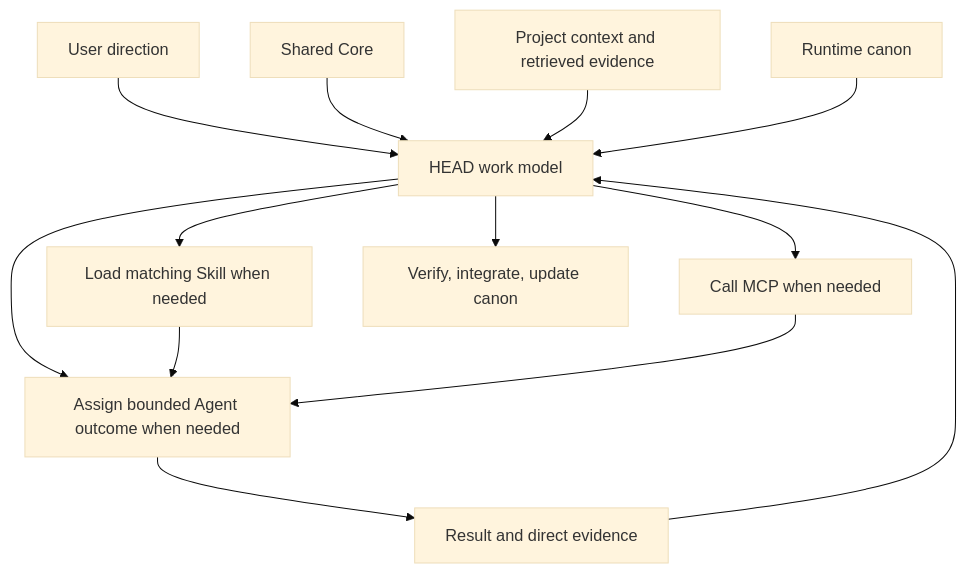
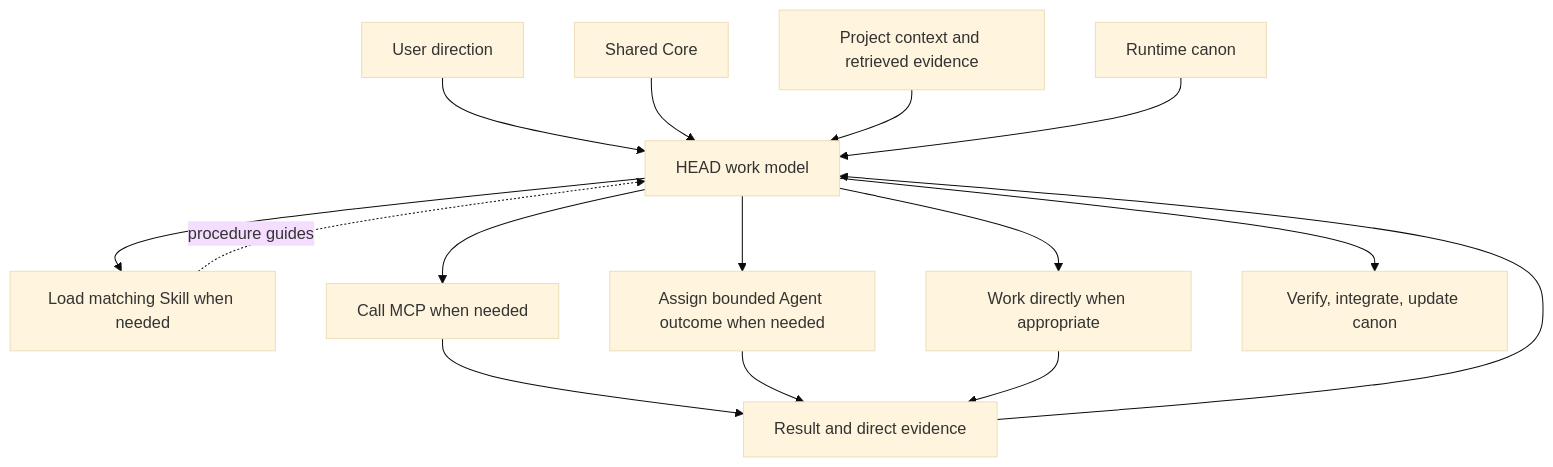
One commit to Won6314/head-agent-core changed the fifth of 5 diagrams in teaching/diagrams.md. Above: the diagram before and after it, drawn with Mermaid (base theme). The commit also changed other lines of this file and 10 other files, not shown here.

````diff
--- a/teaching/diagrams.md
+++ b/teaching/diagrams.md
@@ -79,15 +82,17 @@
 ```mermaid
 flowchart TD
     U[User direction] --> H[HEAD work model]
     C[Shared Core] --> H
     P[Project context and retrieved evidence] --> H
     R[Runtime canon] --> H
     H --> S[Load matching Skill when needed]
     H --> M[Call MCP when needed]
     H --> A[Assign bounded Agent outcome when needed]
-    S --> A
-    M --> A
-    A --> E[Result and direct evidence]
+    H --> D[Work directly when appropriate]
+    S -. procedure guides .-> H
+    M --> E[Result and direct evidence]
+    A --> E
+    D --> E
     E --> H
     H --> I[Verify, integrate, update canon]
 ```
````
